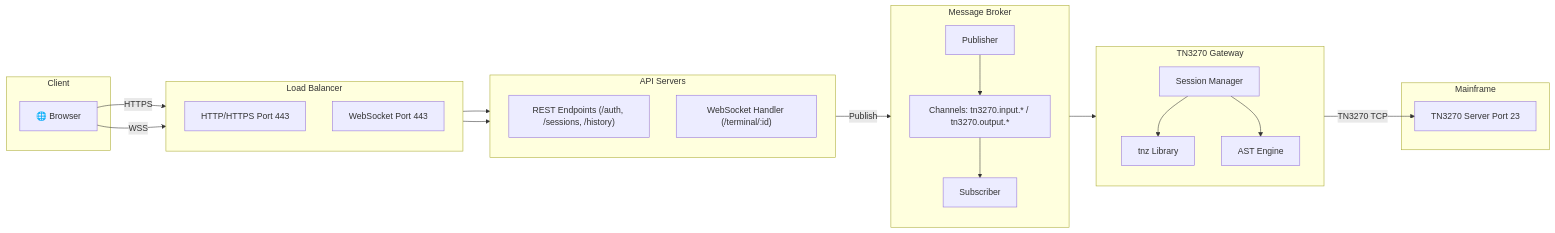
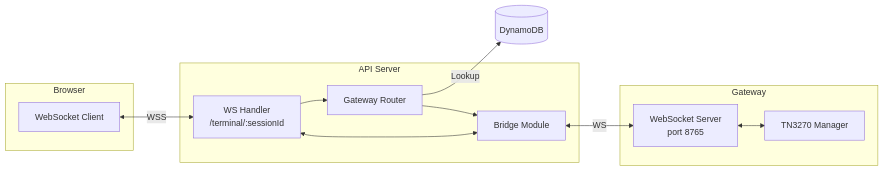
The second of 13 diagrams in docs/diagrams.md (gurungabit/iast), drawn with Mermaid before and after one commit. The commit also changed other lines of this file and 33 other files, not shown here.

First line of the commit message:
refactor: AST forms, state persistence, session expiry handling, docs update

````diff
--- a/docs/diagrams.md
+++ b/docs/diagrams.md
@@ -77,50 +70,25 @@
 ```mermaid
 flowchart LR
-    subgraph Client["Client"]
-        Browser["🌐 Browser"]
+    subgraph Browser
+        WS1["WebSocket Client"]
     end
-
-    subgraph LB["Load Balancer"]
-        direction TB
-        HTTP["HTTP/HTTPS Port 443"]
-        WS["WebSocket Port 443"]
+    
+    subgraph API["API Server"]
+        Handler["WS Handler<br>/terminal/:sessionId"]
+        Bridge["Bridge Module"]
+        Router["Gateway Router"]
     end
-
-    subgraph API["API Servers"]
-        direction TB
-        REST["REST Endpoints (/auth, /sessions, /history)"]
-        WSHandler["WebSocket Handler (/terminal/:id)"]
+    
+    subgraph Gateway
+        GWWS["WebSocket Server<br>port 8765"]
+        TN3270["TN3270 Manager"]
     end
-
-    subgraph Messaging["Message Broker"]
-        direction TB
-        ValkeyPub["Publisher"]
-        ValkeySub["Subscriber"]
-        Channels["Channels: tn3270.input.* / tn3270.output.*"]
-    end
-
-    subgraph Gateway["TN3270 Gateway"]
-        direction TB
-        SessionMgr["Session Manager"]
-        TNZLib["tnz Library"]
-        ASTEngine["AST Engine"]
-    end
-
-    subgraph Mainframe["Mainframe"]
-        TN3270["TN3270 Server Port 23"]
-    end
-
-    Browser -->|"HTTPS"| HTTP
-    Browser -->|"WSS"| WS
-    HTTP --> REST
-    WS --> WSHandler
     
-    WSHandler -->|"Publish"| ValkeyPub
-    ValkeyPub --> Channels
-    Channels --> ValkeySub
-    ValkeySub --> SessionMgr
-    
-    SessionMgr --> TNZLib
-    SessionMgr --> ASTEngine
-    TNZLib -->|"TN3270 TCP"| TN3270
+    WS1 <-->|"WSS"| Handler
+    Handler --> Router
+    Router -->|"Lookup"| DDB[(DynamoDB)]
+    Router --> Bridge
+    Handler <--> Bridge
+    Bridge <-->|"WS"| GWWS
+    GWWS <--> TN3270
 ```
````
